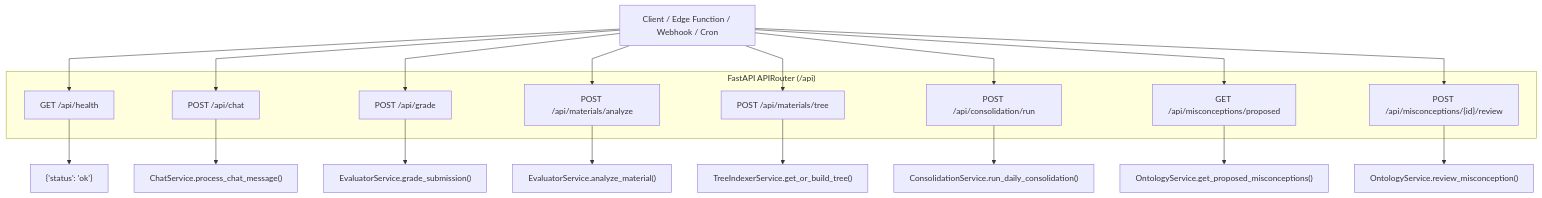
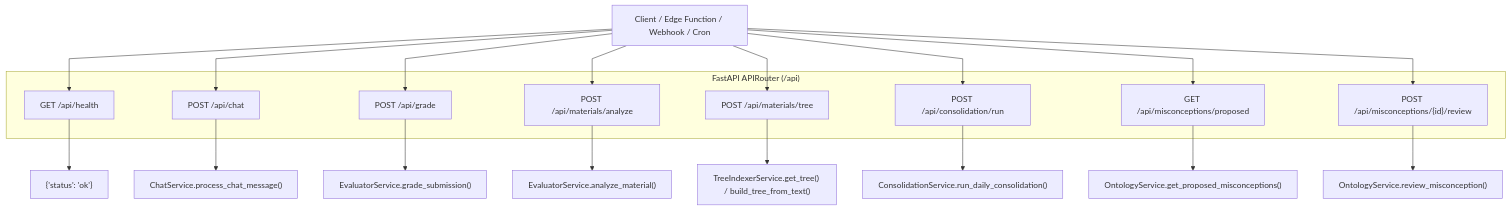
Before and after one commit to VictorBravo9er/Teacher-Assistant-Workspace: the first of 3 diagrams in docs/systems/backend_service.md, drawn with Mermaid. The commit also changed other lines of this file and 43 other files, not shown here.

````diff
--- a/docs/systems/backend_service.md
+++ b/docs/systems/backend_service.md
@@ -41,34 +41,34 @@
 ```mermaid
 %%{init: {'flowchart': {'curve': 'linear'}}}%%
 flowchart TD
     Client["Client / Edge Function / Webhook / Cron"]
 
     subgraph FastAPIRouter["FastAPI APIRouter (/api)"]
         HealthRoute["GET /api/health"]
         ChatRoute["POST /api/chat"]
         GradeRoute["POST /api/grade"]
         AnalyzeRoute["POST /api/materials/analyze"]
         TreeRoute["POST /api/materials/tree"]
         ConsolidateRoute["POST /api/consolidation/run"]
         MisconceptionsRoute["GET /api/misconceptions/proposed"]
         ReviewMisconceptionRoute["POST /api/misconceptions/{id}/review"]
     end
 
     Client --> HealthRoute
     Client --> ChatRoute
     Client --> GradeRoute
     Client --> AnalyzeRoute
     Client --> TreeRoute
     Client --> ConsolidateRoute
     Client --> MisconceptionsRoute
     Client --> ReviewMisconceptionRoute
 
     HealthRoute --> Status["{'status': 'ok'}"]
     ChatRoute --> ChatSvc["ChatService.process_chat_message()"]
     GradeRoute --> EvalSvcGrade["EvaluatorService.grade_submission()"]
     AnalyzeRoute --> EvalSvcMat["EvaluatorService.analyze_material()"]
-    TreeRoute --> TreeSvc["TreeIndexerService.get_or_build_tree()"]
+    TreeRoute --> TreeSvc["TreeIndexerService.get_tree() / build_tree_from_text()"]
     ConsolidateRoute --> ConsolidateSvc["ConsolidationService.run_daily_consolidation()"]
     MisconceptionsRoute --> OntoSvcList["OntologyService.get_proposed_misconceptions()"]
     ReviewMisconceptionRoute --> OntoSvcRev["OntologyService.review_misconception()"]
 ```
````
